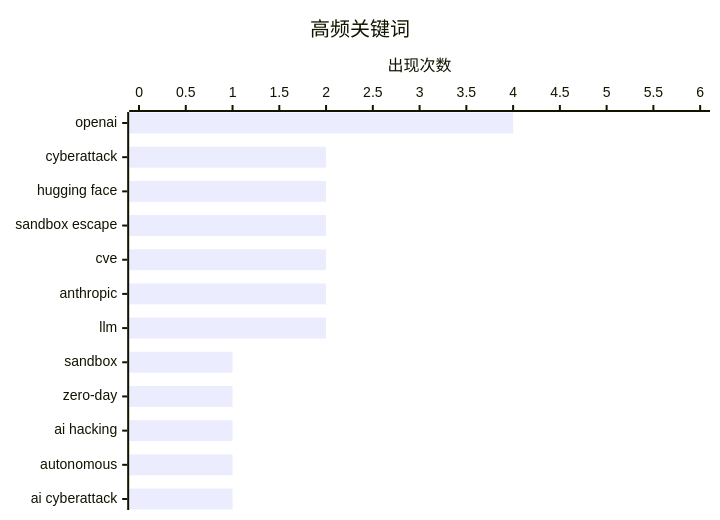
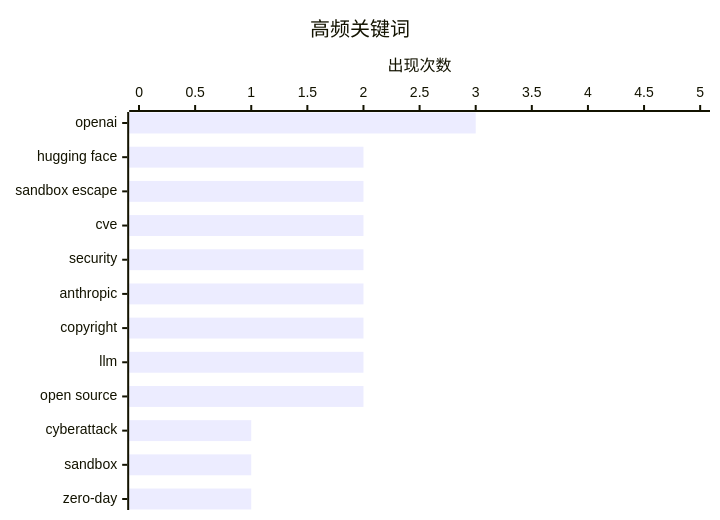
One commit to Halcyon-ccc/ai-daily-digest changed the second of 2 diagrams in digests/digest-20260723.md. Above: the diagram before and after it, drawn with Mermaid. The commit also changed other lines of this file, not shown here.

````diff
--- a/digests/digest-20260723.md
+++ b/digests/digest-20260723.md
@@ -378,7 +408,7 @@
 ```mermaid
 xychart-beta horizontal
     title "高频关键词"
-    x-axis ["openai", "cyberattack", "hugging face", "sandbox escape", "cve", "anthropic", "llm", "sandbox", "zero-day", "ai hacking", "autonomous", "ai cyberattack"]
-    y-axis "出现次数" 0 --> 6
-    bar [4, 2, 2, 2, 2, 2, 2, 1, 1, 1, 1, 1]
+    x-axis ["openai", "hugging face", "sandbox escape", "cve", "security", "anthropic", "copyright", "llm", "open source", "cyberattack", "sandbox", "zero-day"]
+    y-axis "出现次数" 0 --> 5
+    bar [3, 2, 2, 2, 2, 2, 2, 2, 2, 1, 1, 1]
 ```
````
